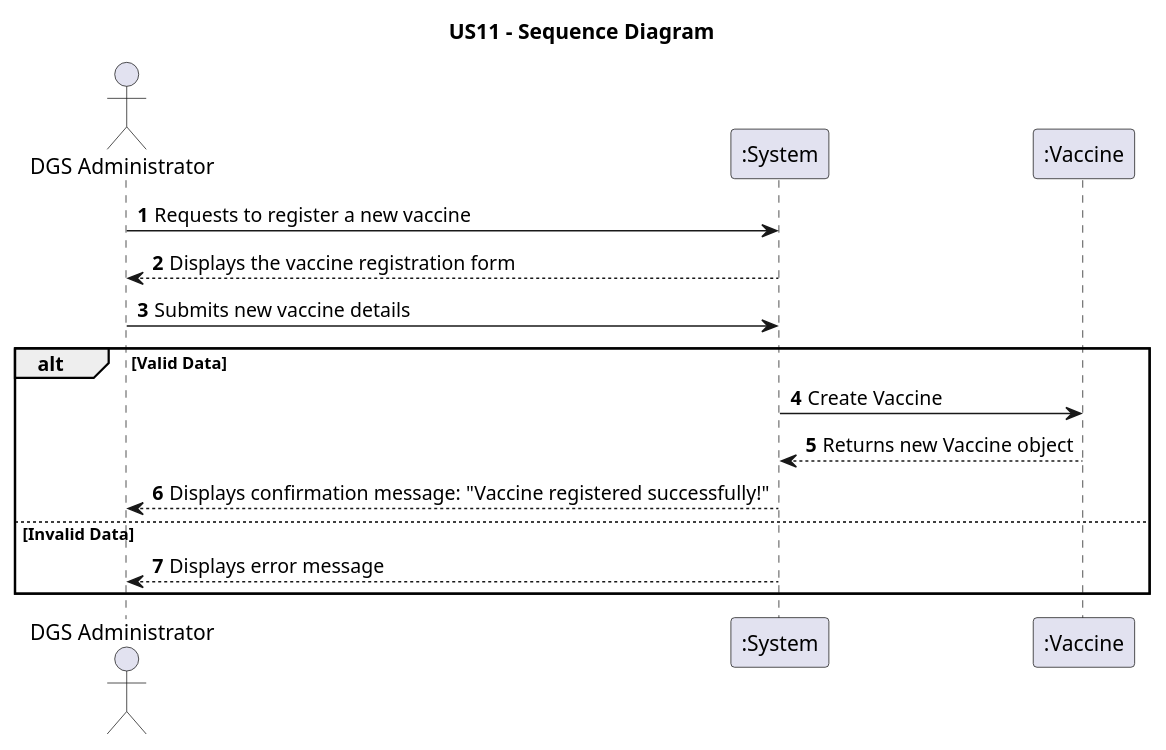
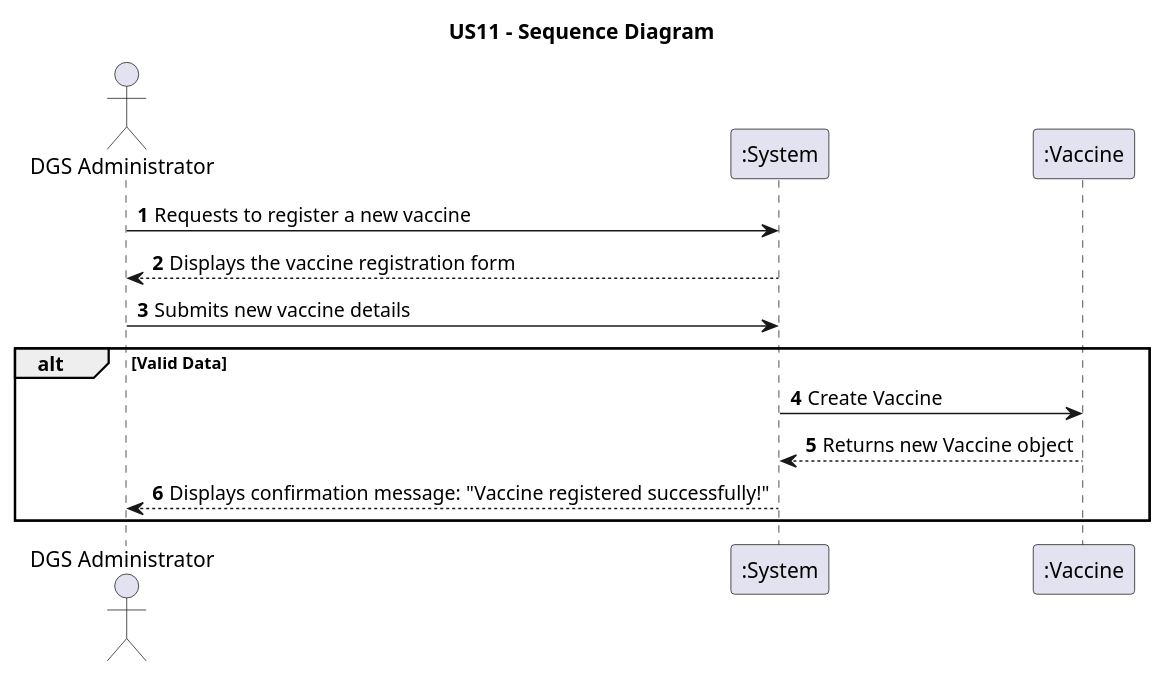
One commit to pedroguilherme-web/leti-esoft-25-26-A1 changed the diagram in docs/system-documentation/US11/puml/US11-SD.puml. Above: the diagram before and after it, drawn with PlantUML. The commit also changed 6 other files, not shown here.

```diff
--- a/docs/system-documentation/US11/puml/US11-SD.puml
+++ b/docs/system-documentation/US11/puml/US11-SD.puml
@@ -1,26 +1,24 @@
 @startuml
 'https://plantuml.com/sequence-diagram
 
 title   US11 - Sequence Diagram
 autonumber
 
 actor "DGS Administrator" as Admin
 participant ":System" as System
 participant ":Vaccine" as Vaccine
 
 Admin -> System: Requests to register a new vaccine
 System --> Admin: Displays the vaccine registration form
 
 Admin -> System: Submits new vaccine details
 
 
 alt Valid Data
     System -> Vaccine: Create Vaccine
     Vaccine --> System: Returns new Vaccine object
 
     System --> Admin: Displays confirmation message: "Vaccine registered successfully!"
-else Invalid Data
-    System --> Admin: Displays error message
 end
 
 @enduml
```
